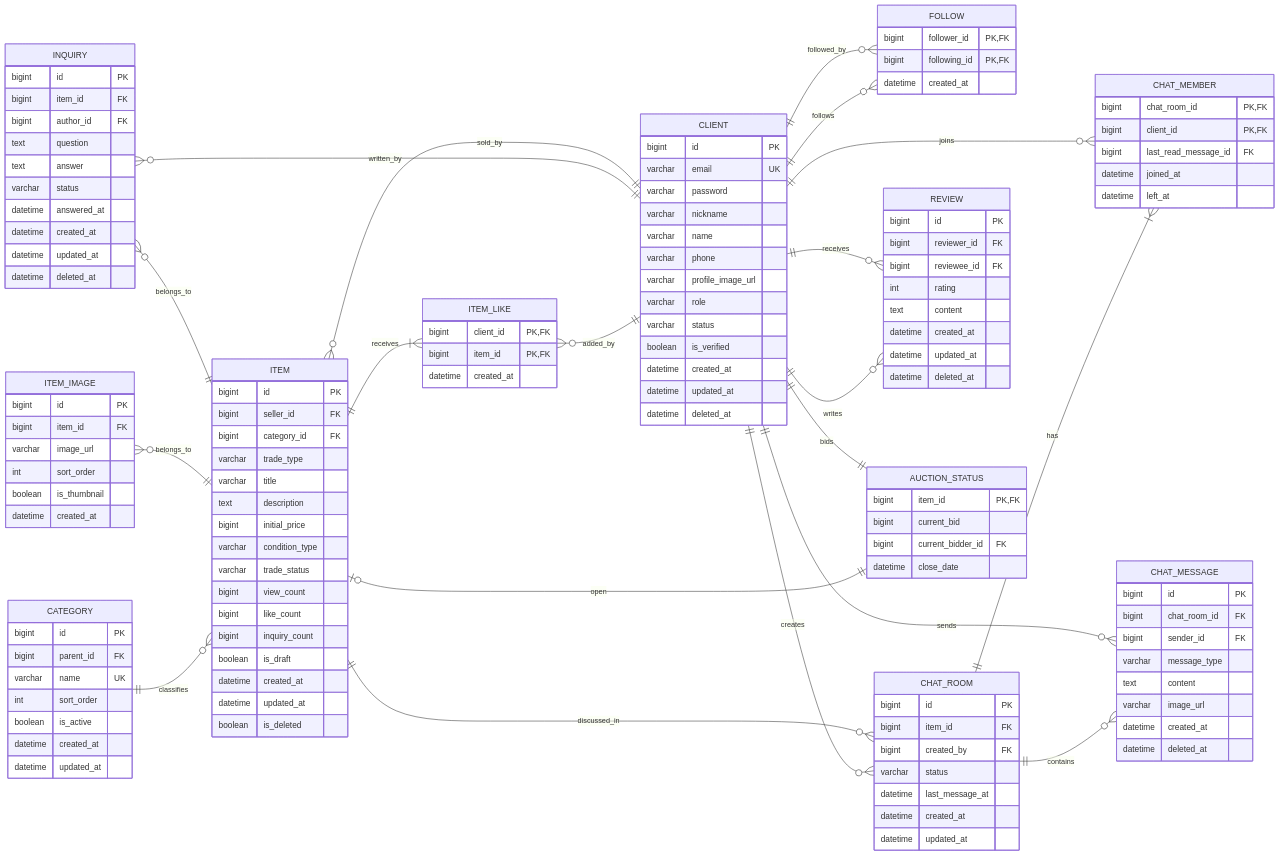
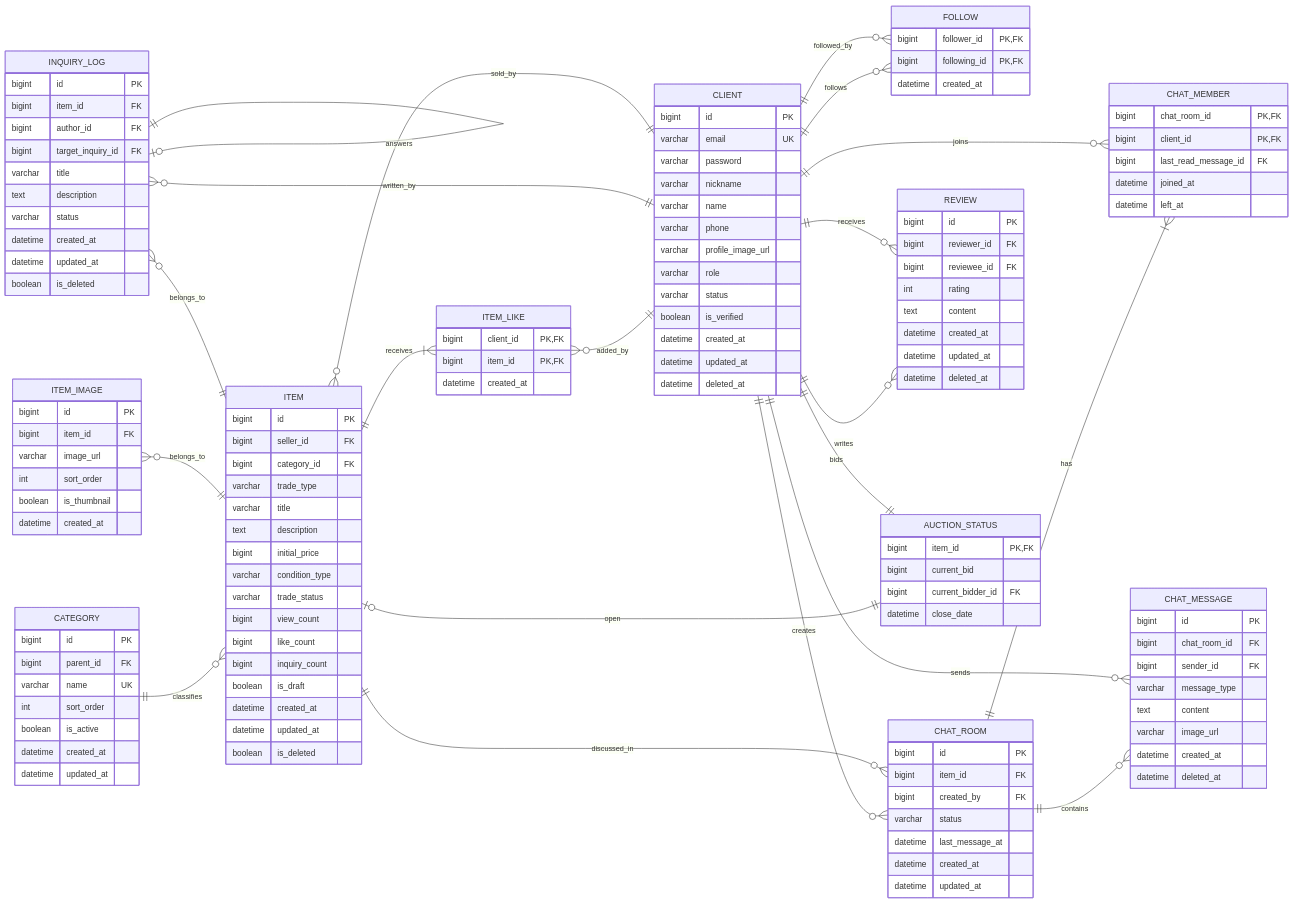
One commit to silverThunder09/Cabbege-Test changed the diagram in docs/ERD.md. Above: the diagram before and after it, drawn with Mermaid. The commit also changed other lines of this file and 1 other file, not shown here.

Commit message:
docs: update API and ERD specs

```diff
--- a/docs/ERD.md
+++ b/docs/ERD.md
@@ -29,6 +29,8 @@
 
     item |o--|| auctionStatus : open
     client ||--|| auctionStatus : bids
+
+    inquiry |o--|| inquiry : answers
 
     client["CLIENT"] {
         bigint id PK
@@ -90,17 +92,17 @@
         datetime created_at
     }
 
-    inquiry["INQUIRY"] {
+    inquiry["INQUIRY_LOG"] {
         bigint id PK
         bigint item_id FK
         bigint author_id FK
-        text question
-        text answer
+        bigint target_inquiry_id FK
+        varchar title
+        text description
         varchar status
-        datetime answered_at
         datetime created_at
         datetime updated_at
-        datetime deleted_at
+        boolean is_deleted
     }
 
     follow["FOLLOW"] {
```
